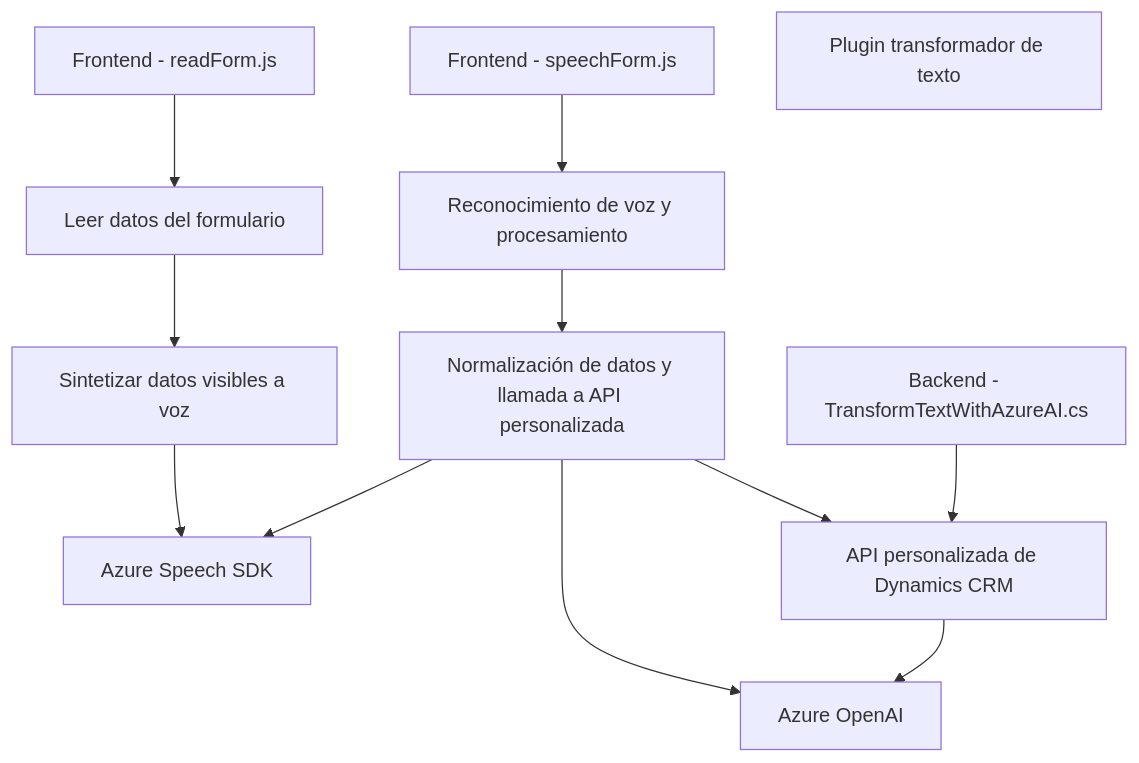
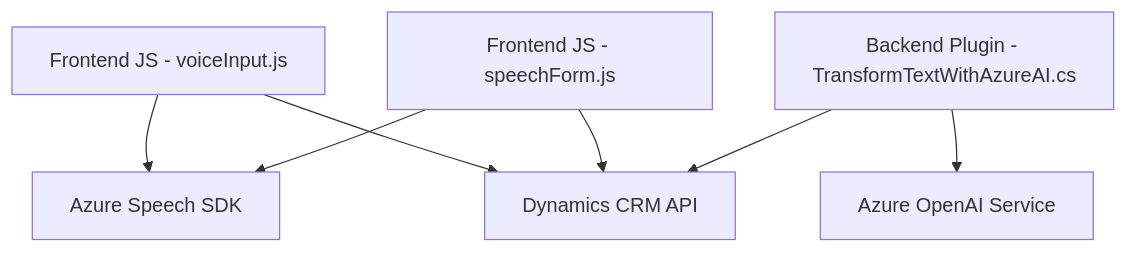
The diagram in README.md (blopezdm/NETCORE_BILBAO2025), drawn with Mermaid before and after one commit. The commit also changed other lines of this file, not shown here.

````diff
--- a/README.md
+++ b/README.md
@@ -62,20 +39,16 @@
 ```mermaid
 graph TD
-  A["Frontend - readForm.js"]
-  B["Leer datos del formulario"]
-  C["Sintetizar datos visibles a voz"]
-  D["Azure Speech SDK"]
-  E["Frontend - speechForm.js"]
-  F["Reconocimiento de voz y procesamiento"]
-  G["Normalización de datos y llamada a API personalizada"]
-  H["Azure OpenAI"]
-  I["API personalizada de Dynamics CRM"]
-  J["Backend - TransformTextWithAzureAI.cs"]
-  K["Plugin transformador de texto"]
-
-  A --> B --> C --> D
-  E --> F --> G --> D
-  G --> H
-  G --> I 
-  J --> I --> H
+    A["Frontend JS - voiceInput.js"]
+    B["Frontend JS - speechForm.js"]
+    C["Backend Plugin - TransformTextWithAzureAI.cs"]
+    D["Azure Speech SDK"]
+    E["Dynamics CRM API"]
+    F["Azure OpenAI Service"]
+    
+    A --> D
+    B --> D
+    A --> E
+    B --> E
+    C --> E
+    C --> F
 ```
````
